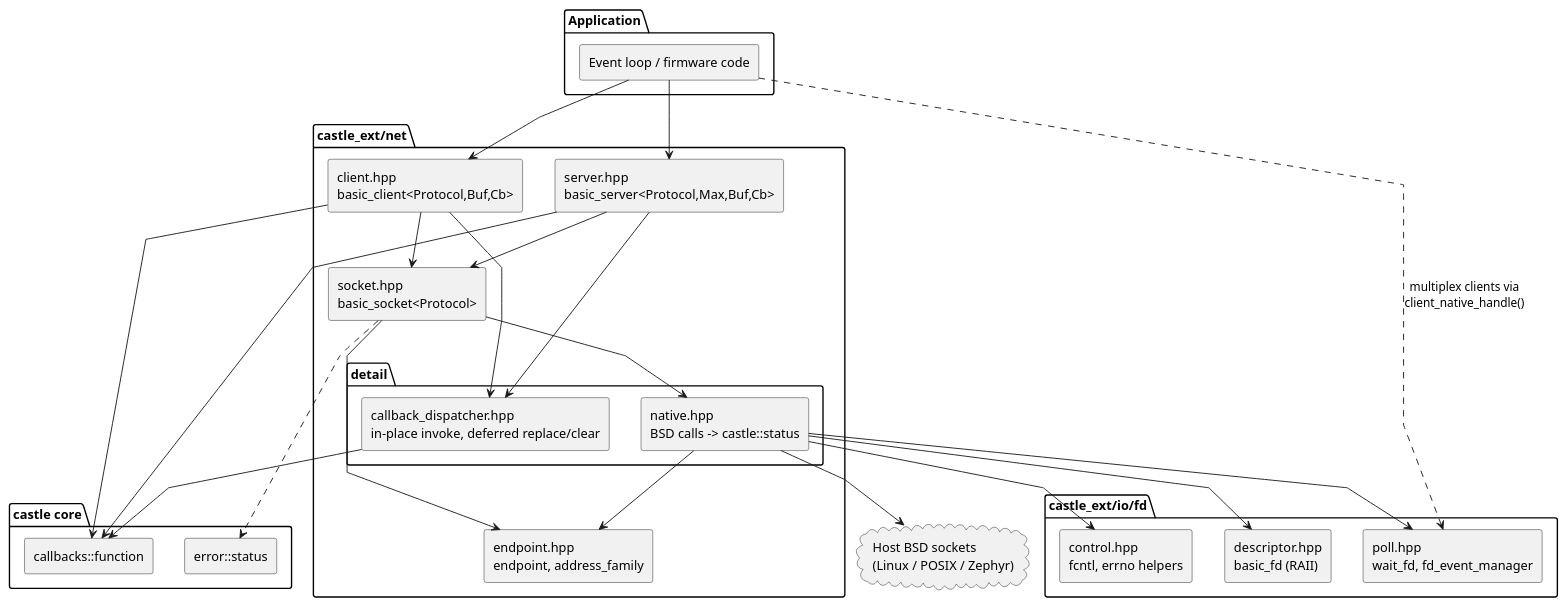
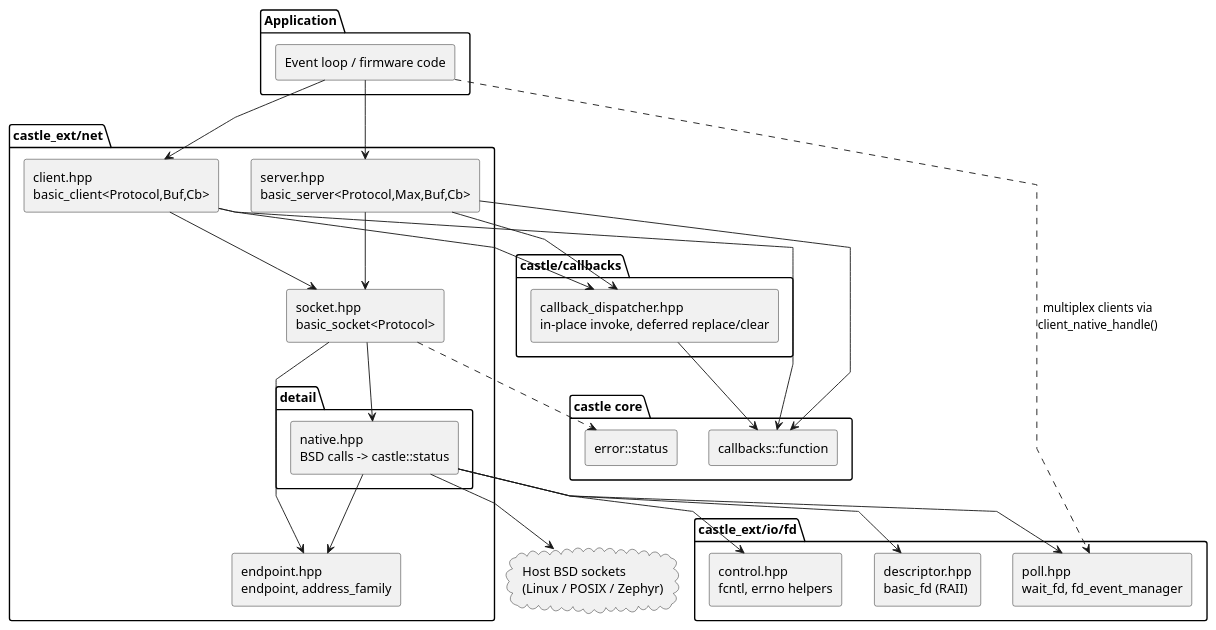
The first of 8 diagrams in docs/castle_ext/net/README.md (nguyenchiemminhvu/castle), drawn with PlantUML before and after one commit. The commit also changed other lines of this file and 13 other files, not shown here.

Commit message:
castle 2.0 callback dispatcher refactor

````diff
--- a/docs/castle_ext/net/README.md
+++ b/docs/castle_ext/net/README.md
@@ -22,54 +22,57 @@
 ```plantuml
 @startuml
 skinparam componentStyle rectangle
 skinparam shadowing false
 skinparam linetype polyline
 
 package "Application" {
   [Event loop / firmware code] as App
 }
 
 package "castle_ext/net" {
   [client.hpp\nbasic_client<Protocol,Buf,Cb>] as Client
   [server.hpp\nbasic_server<Protocol,Max,Buf,Cb>] as Server
   [socket.hpp\nbasic_socket<Protocol>] as Socket
   [endpoint.hpp\nendpoint, address_family] as Endpoint
   package "detail" {
     [native.hpp\nBSD calls -> castle::status] as Native
-    [callback_dispatcher.hpp\nin-place invoke, deferred replace/clear] as Dispatcher
   }
+}
+
+package "castle/callbacks" {
+  [callback_dispatcher.hpp\nin-place invoke, deferred replace/clear] as Dispatcher
 }
 
 package "castle_ext/io/fd" {
   [descriptor.hpp\nbasic_fd (RAII)] as Fd
   [control.hpp\nfcntl, errno helpers] as Control
   [poll.hpp\nwait_fd, fd_event_manager] as Poll
 }
 
 package "castle core" {
   [callbacks::function] as Function
   [error::status] as Status
 }
 
 cloud "Host BSD sockets\n(Linux / POSIX / Zephyr)" as Host
 
 App --> Client
 App --> Server
 App ..> Poll : multiplex clients via\nclient_native_handle()
 Client --> Socket
 Server --> Socket
 Client --> Dispatcher
 Server --> Dispatcher
 Dispatcher --> Function
 Client --> Function
 Server --> Function
 Socket --> Native
 Socket --> Endpoint
 Native --> Endpoint
 Native --> Fd
 Native --> Control
 Native --> Poll
 Native --> Host
 Socket ..> Status
 @enduml
 ```
````
